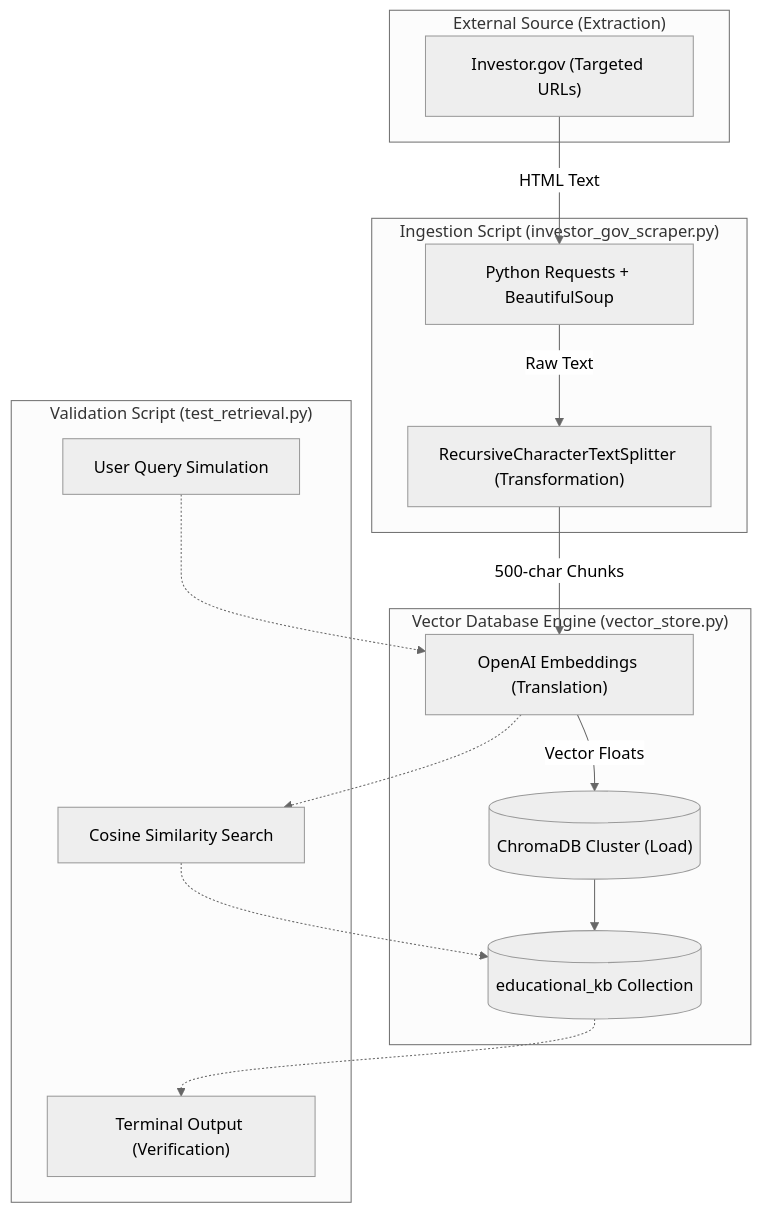
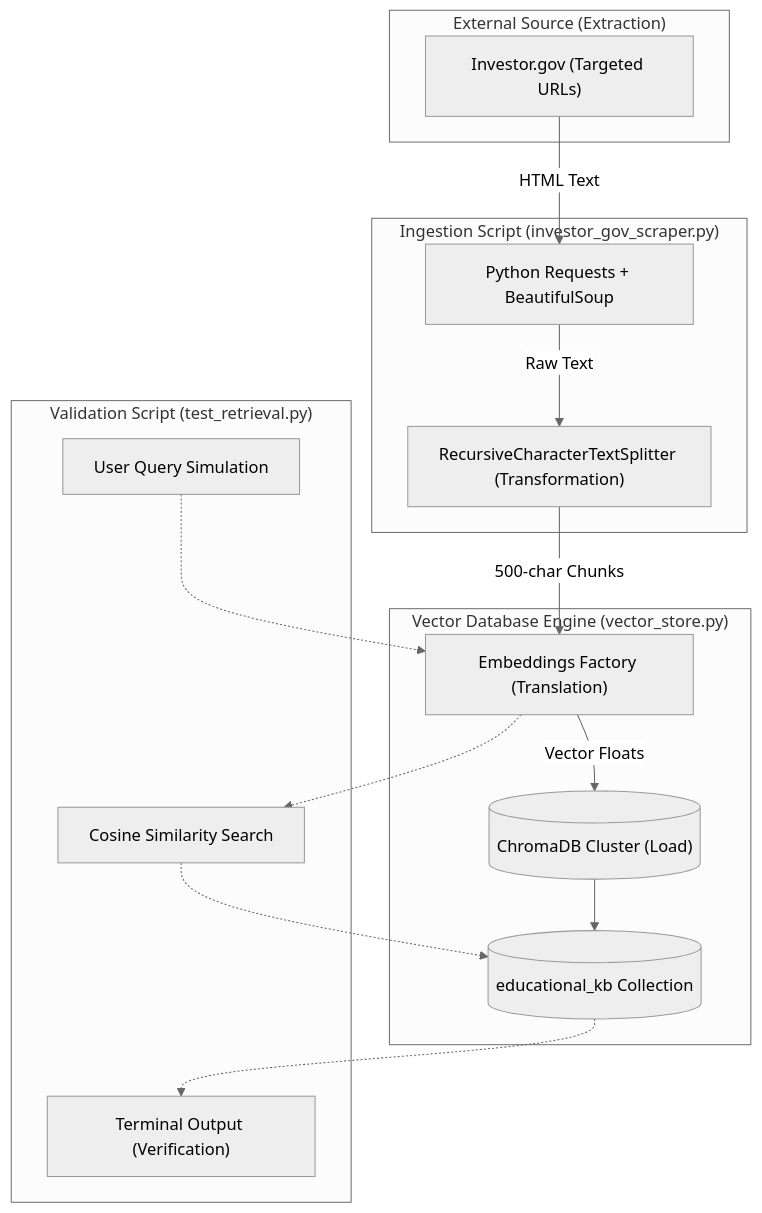
Before and after one commit to uthircloudnative/finnie-ai: the diagram in docs/INGESTION_PIPELINES.md, drawn with Mermaid (neutral theme). The commit also changed other lines of this file and 4 other files, not shown here.

````diff
--- a/docs/INGESTION_PIPELINES.md
+++ b/docs/INGESTION_PIPELINES.md
@@ -16,35 +16,35 @@
 ```mermaid
 graph TD
     subgraph "External Source (Extraction)"
         S1["Investor.gov (Targeted URLs)"]
     end
 
     subgraph "Ingestion Script (investor_gov_scraper.py)"
         P1["Python Requests + BeautifulSoup"]
         P2["RecursiveCharacterTextSplitter (Transformation)"]
     end
 
     subgraph "Vector Database Engine (vector_store.py)"
-        E1["OpenAI Embeddings (Translation)"]
+        E1["Embeddings Factory (Translation)"]
         C1[("ChromaDB Cluster (Load)")]
         C2[("educational_kb Collection")]
     end
 
     subgraph "Validation Script (test_retrieval.py)"
         V1["User Query Simulation"]
         V2["Cosine Similarity Search"]
         V3["Terminal Output (Verification)"]
     end
 
     S1 -- HTML Text --> P1
     P1 -- Raw Text --> P2
     P2 -- 500-char Chunks --> E1
     E1 -- Vector Floats --> C1
     C1 --> C2
 
     %% Verification Flow
     V1 -.-> E1
     E1 -.-> V2
     V2 -.-> C2
     C2 -.-> V3
 ```
````
